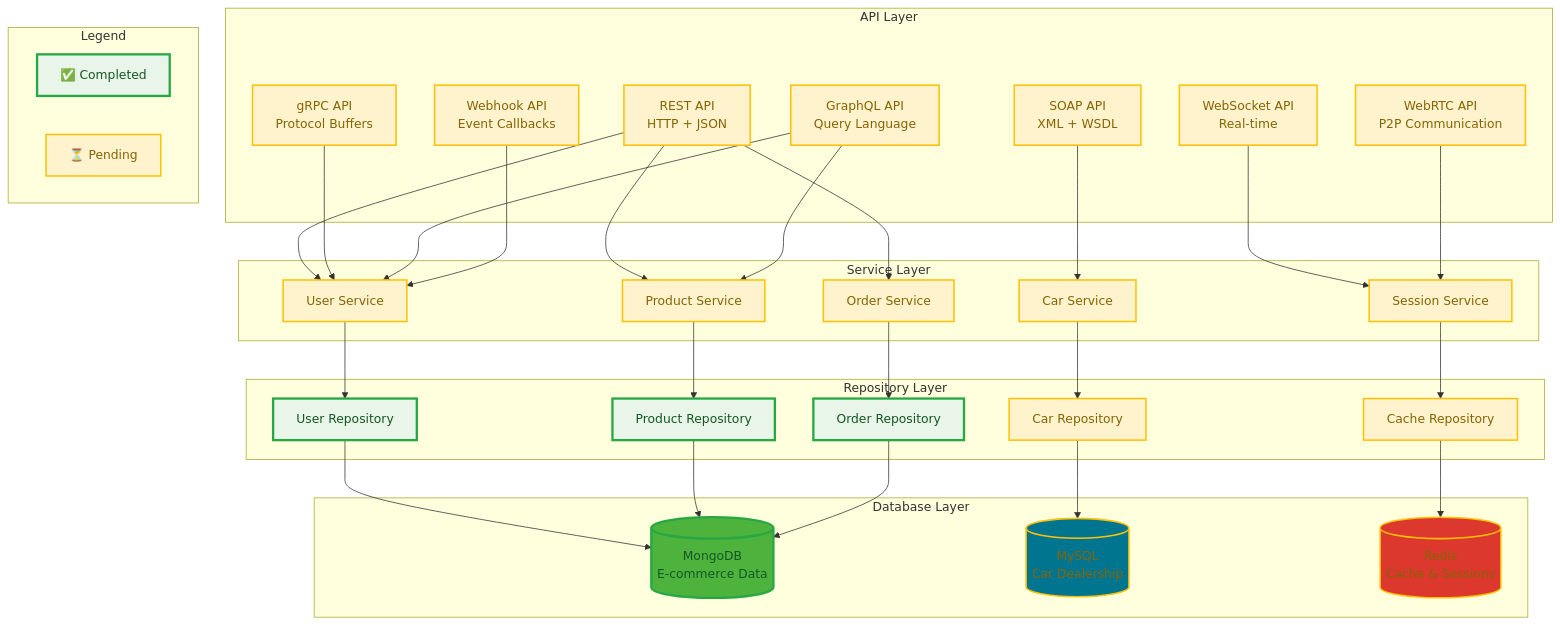
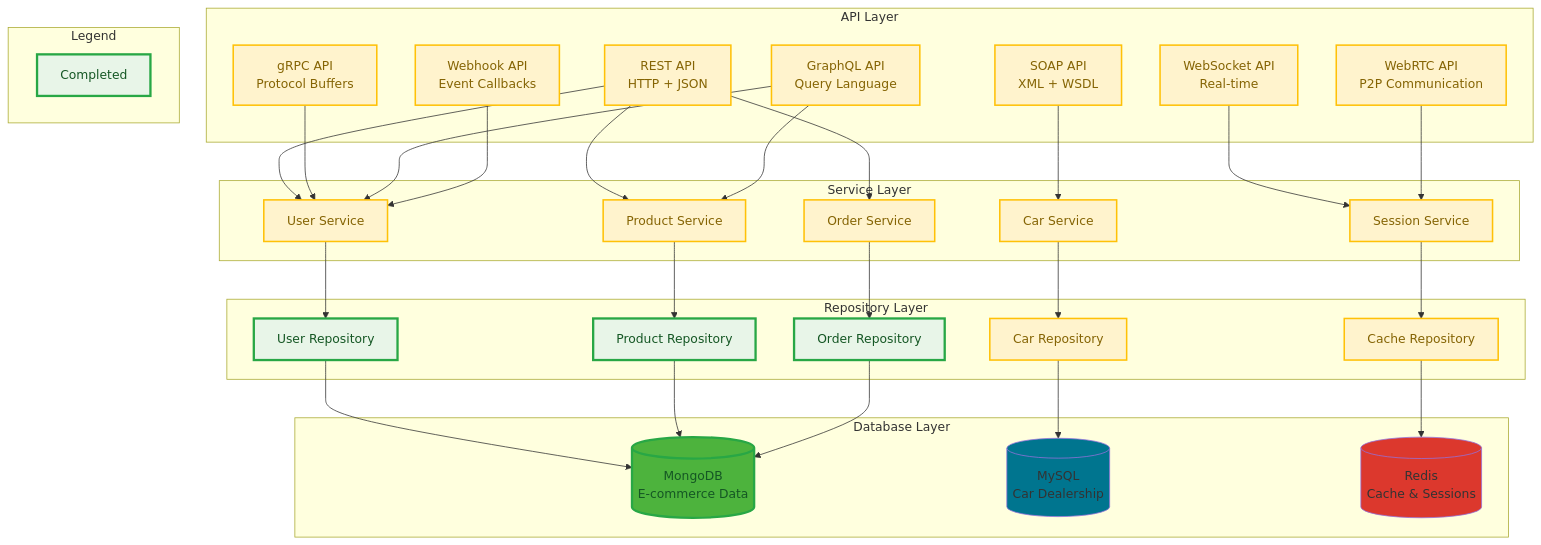
One commit to mckriel/api-server changed the diagram in README.md. Above: the diagram before and after it, drawn with Mermaid.

Commit message:
another diagram update

````diff
--- a/README.md
+++ b/README.md
@@ -52,8 +52,7 @@
     end
 
     subgraph "Legend"
-        Completed[✅ Completed]
-        Pending[⏳ Pending]
+        Completed[Completed]
     end
 
     REST --> UserSvc
@@ -79,7 +78,7 @@
     CarRepo --> MySQL
     CacheRepo --> Redis
 
-    %% Database styling
+    %% Database styling (keep original database colors)
     style MongoDB fill:#4DB33D
     style MySQL fill:#00758F
     style Redis fill:#DC382D
@@ -92,11 +91,10 @@
     class UserRepo,ProductRepo,OrderRepo,MongoDB completed
     
     %% Apply pending styling to not-yet-implemented components
-    class CarRepo,CacheRepo,MySQL,Redis pending
+    class CarRepo,CacheRepo pending
     class UserSvc,ProductSvc,OrderSvc,CarSvc,SessionSvc pending
     class REST,SOAP,GRPC,GraphQL,WS,WebRTC,Webhook pending
 
     %% Legend styling
     style Completed fill:#E8F5E8,stroke:#28a745,stroke-width:3px,color:#155724
-    style Pending fill:#FFF3CD,stroke:#ffc107,stroke-width:2px,color:#856404
 ```
````
